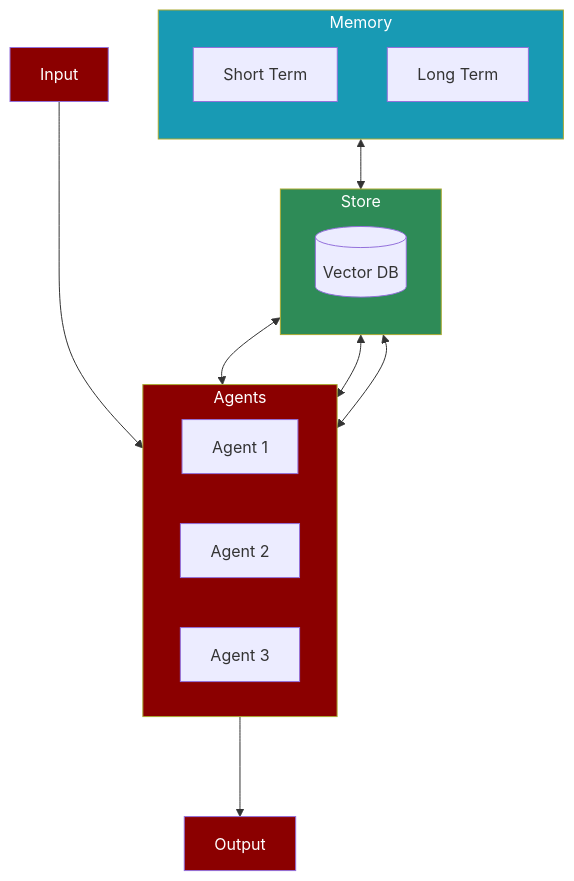
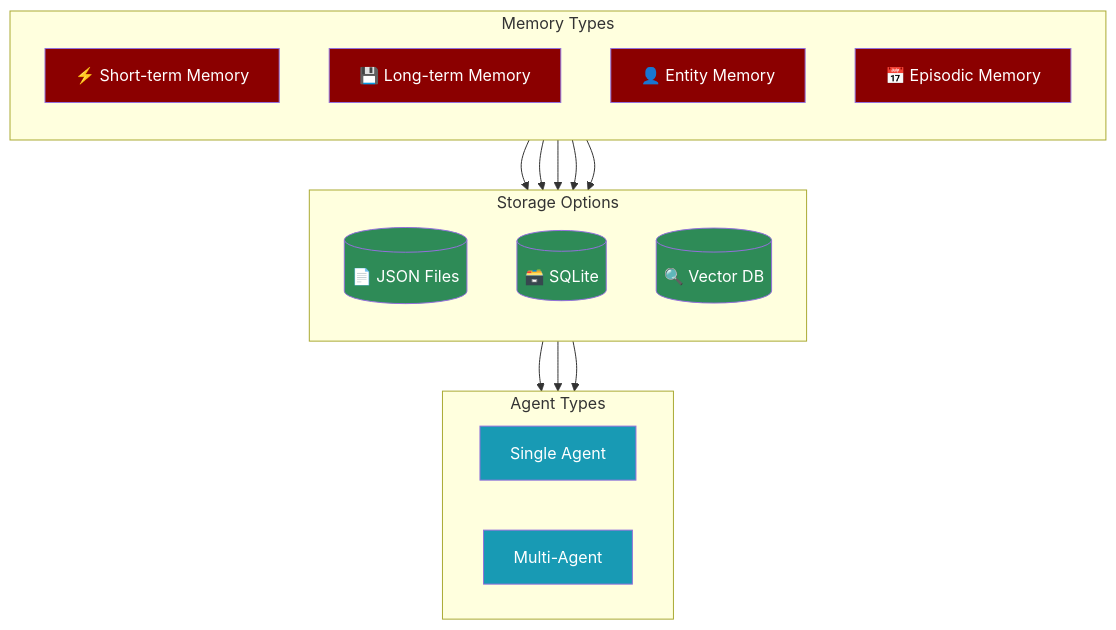
The diagram in docs/concepts/memory.mdx (MervinPraison/PraisonAIDocs), drawn with Mermaid before and after one commit. The commit also changed other lines of this file and 4 other files, not shown here.

First line of the commit message:
docs: rewrite memory documentation with comprehensive storage options and examples

````diff
--- a/docs/concepts/memory.mdx
+++ b/docs/concepts/memory.mdx
@@ -8,33 +12,43 @@
 ```mermaid
 flowchart TB
-    subgraph Memory
+    subgraph "Memory Types"
         direction TB
-        STM[Short Term]
-        LTM[Long Term]
+        STM[⚡ Short-term Memory]
+        LTM[💾 Long-term Memory]
+        ENT[👤 Entity Memory]
+        EPI[📅 Episodic Memory]
     end
 
-    subgraph Store
+    subgraph "Storage Options"
         direction TB
-        DB[(Vector DB)]
+        JSON[(📄 JSON Files)]
+        SQL[(🗃️ SQLite)]
+        VEC[(🔍 Vector DB)]
     end
 
-    Input[Input] ---> Agents
-    subgraph Agents
+    subgraph "Agent Types"
         direction LR
-        A1[Agent 1]
-        A2[Agent 2]
-        A3[Agent 3]
+        SA[Single Agent]
+        MA[Multi-Agent]
     end
-    Agents ---> Output[Output]
 
-    Memory <--> Store
-    Store <--> A1
-    Store <--> A2
-    Store <--> A3
+    STM --> JSON
+    LTM --> SQL
+    LTM --> VEC
+    ENT --> JSON
+    EPI --> JSON
 
-    style Memory fill:#189AB4,color:#fff
-    style Store fill:#2E8B57,color:#fff
-    style Agents fill:#8B0000,color:#fff
-    style Input fill:#8B0000,color:#fff
-    style Output fill:#8B0000,color:#fff
+    JSON --> SA
+    SQL --> MA
+    VEC --> MA
+
+    style STM fill:#8B0000,color:#fff
+    style LTM fill:#8B0000,color:#fff
+    style ENT fill:#8B0000,color:#fff
+    style EPI fill:#8B0000,color:#fff
+    style JSON fill:#2E8B57,color:#fff
+    style SQL fill:#2E8B57,color:#fff
+    style VEC fill:#2E8B57,color:#fff
+    style SA fill:#189AB4,color:#fff
+    style MA fill:#189AB4,color:#fff
 ```
````
